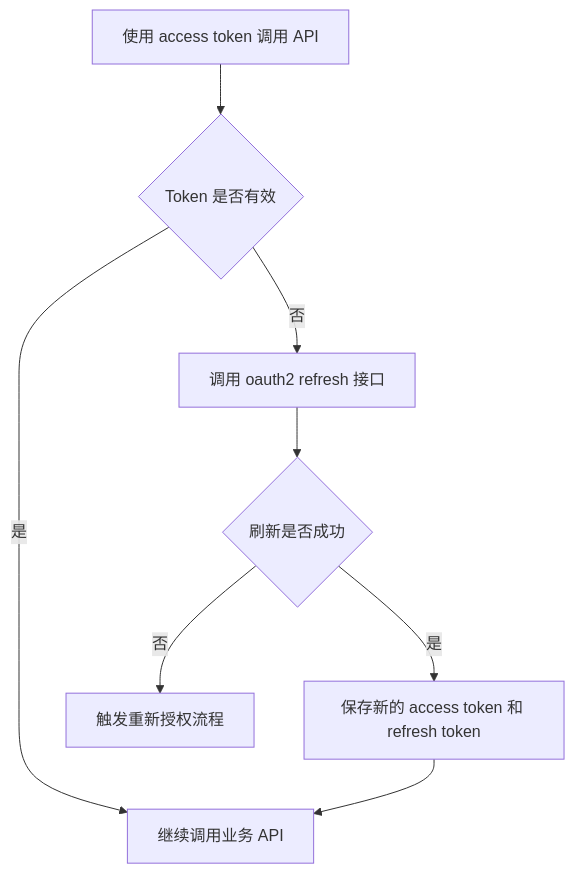
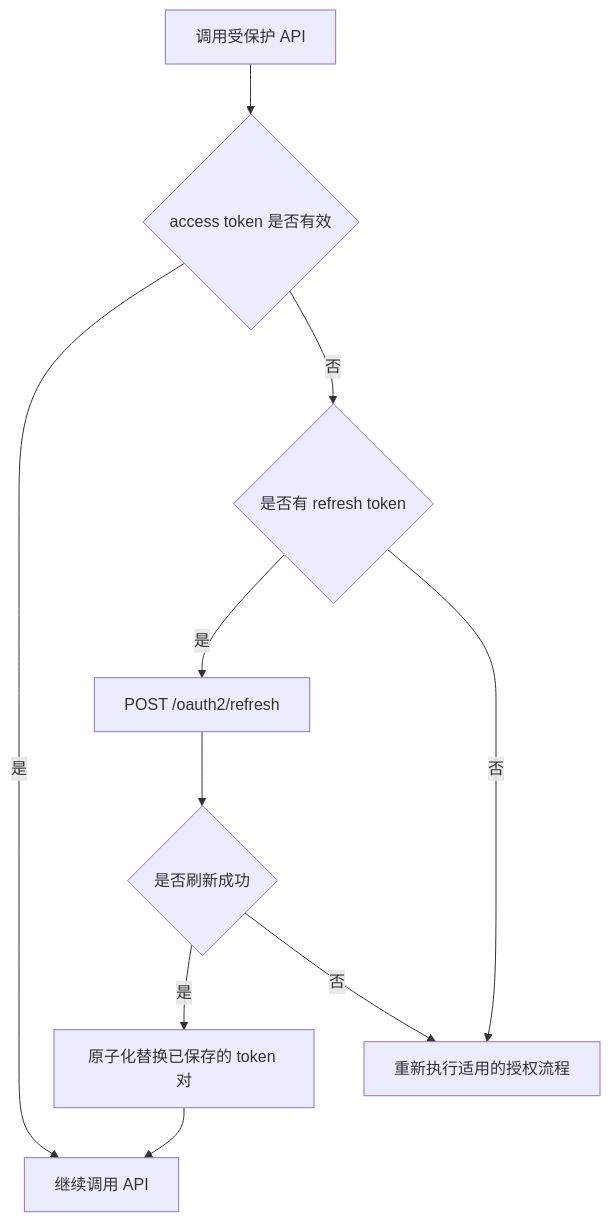
Before and after one commit to EugeneJian/growatt-unified-api: the first of 2 diagrams in Growatt API/OPENAPI.zh-CN/03_api_refresh.md, drawn with Mermaid. The commit also changed other lines of this file and 46 other files, not shown here.

````diff
--- a/Growatt API/OPENAPI.zh-CN/03_api_refresh.md
+++ b/Growatt API/OPENAPI.zh-CN/03_api_refresh.md
@@ -20,11 +15,12 @@
 ```mermaid
-%% 本代码严格遵循AI生成Mermaid代码的终极准则v4.1（Mermaid终极大师）
 flowchart TD
-    A["使用 access token 调用 API"] --> B{"Token 是否有效"}
-    B -->|"是"| C["继续调用业务 API"]
-    B -->|"否"| D["调用 oauth2 refresh 接口"]
-    D --> E{"刷新是否成功"}
-    E -->|"是"| F["保存新的 access token 和 refresh token"]
-    F --> C
-    E -->|"否"| G["触发重新授权流程"]
+    A["调用受保护 API"] --> B{"access token 是否有效"}
+    B -->|"是"| C["继续调用 API"]
+    B -->|"否"| D{"是否有 refresh token"}
+    D -->|"是"| E["POST /oauth2/refresh"]
+    E --> F{"是否刷新成功"}
+    F -->|"是"| G["原子化替换已保存的 token 对"]
+    G --> C
+    F -->|"否"| H["重新执行适用的授权流程"]
+    D -->|"否"| H
 ```
````
